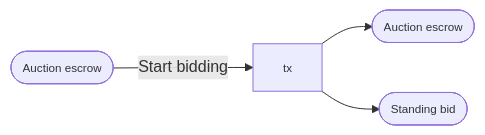
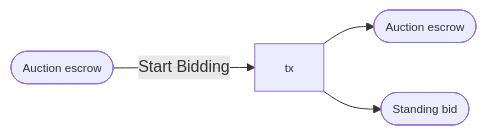
One commit to mlabs-haskell/hydra-auction changed the eighth of 23 diagrams in docs/on_chain_spec.md. Above: the diagram before and after it, drawn with Mermaid. The commit also changed other lines of this file, not shown here.

````diff
--- a/docs/on_chain_spec.md
+++ b/docs/on_chain_spec.md
@@ -294,10 +671,9 @@
 ```mermaid
 flowchart LR
-  input1([Auction escrow]) -- Start bidding --> tx
+  input1([Auction escrow]) -- Start Bidding --> tx
   tx --> output1([Auction escrow])
   tx --> output2([Standing bid])
-  tx
 
   classDef default font-size:90%, overflow:visible;
   classDef reference stroke-dasharray: 5 5;
 ```
````
